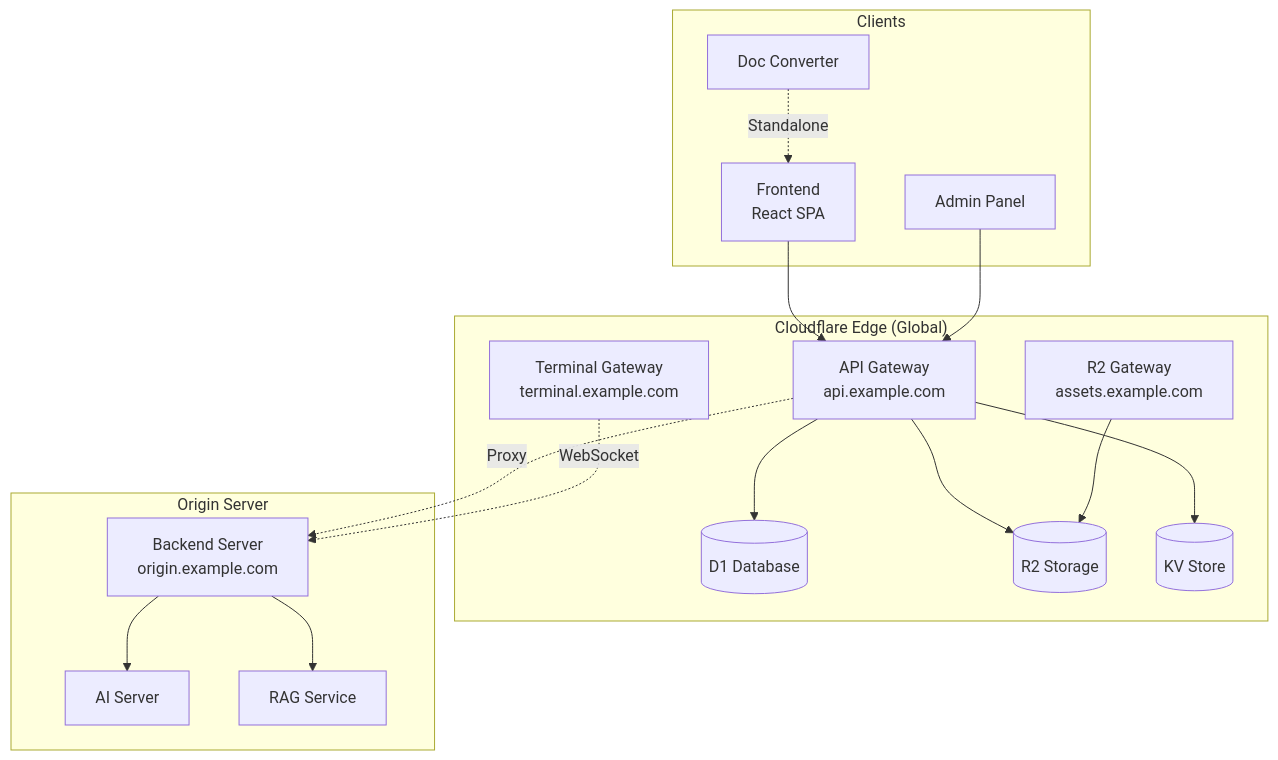
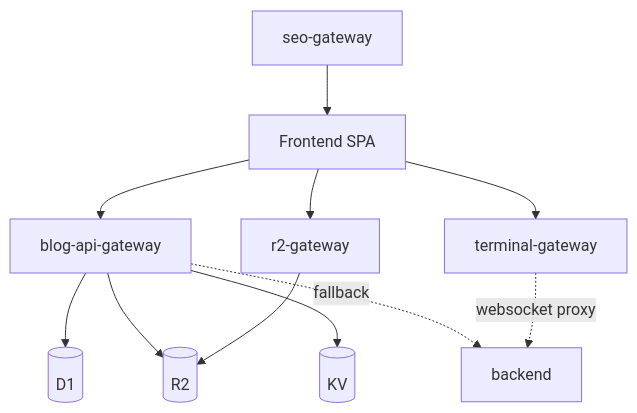
The diagram in README.md (choisimo/blog), drawn with Mermaid before and after one commit. The commit also changed other lines of this file and 4 other files, not shown here.

````diff
--- a/README.md
+++ b/README.md
@@ -9,39 +17,23 @@
 ```mermaid
 flowchart TB
-    subgraph "Clients"
-        FE[Frontend<br/>React SPA]
-        ADMIN[Admin Panel]
-        DOC[Doc Converter]
-    end
+    FE[Frontend SPA]
+    SEO[seo-gateway]
+    API[blog-api-gateway]
+    R2GW[r2-gateway]
+    TERM[terminal-gateway]
+    BE[backend]
+    D1[(D1)]
+    R2[(R2)]
+    KV[(KV)]
 
-    subgraph "Cloudflare Edge (Global)"
-        API_GW[API Gateway<br/>api.example.com]
-        R2_GW[R2 Gateway<br/>assets.example.com]
-        TERM_GW[Terminal Gateway<br/>terminal.example.com]
-        
-        D1[(D1 Database)]
-        R2[(R2 Storage)]
-        KV[(KV Store)]
-    end
-
-    subgraph "Origin Server"
-        BE[Backend Server<br/>origin.example.com]
-        AI_SRV[AI Server]
-        RAG[RAG Service]
-    end
-
-    FE --> API_GW
-    ADMIN --> API_GW
-    DOC -.->|Standalone| FE
-    
-    API_GW --> D1
-    API_GW --> R2
-    API_GW --> KV
-    API_GW -.->|Proxy| BE
-    
-    R2_GW --> R2
-    TERM_GW -.->|WebSocket| BE
-    
-    BE --> AI_SRV
-    BE --> RAG
+    FE --> API
+    FE --> R2GW
+    FE --> TERM
+    SEO --> FE
+    API --> D1
+    API --> R2
+    API --> KV
+    API -. fallback .-> BE
+    TERM -. websocket proxy .-> BE
+    R2GW --> R2
 ```
````
